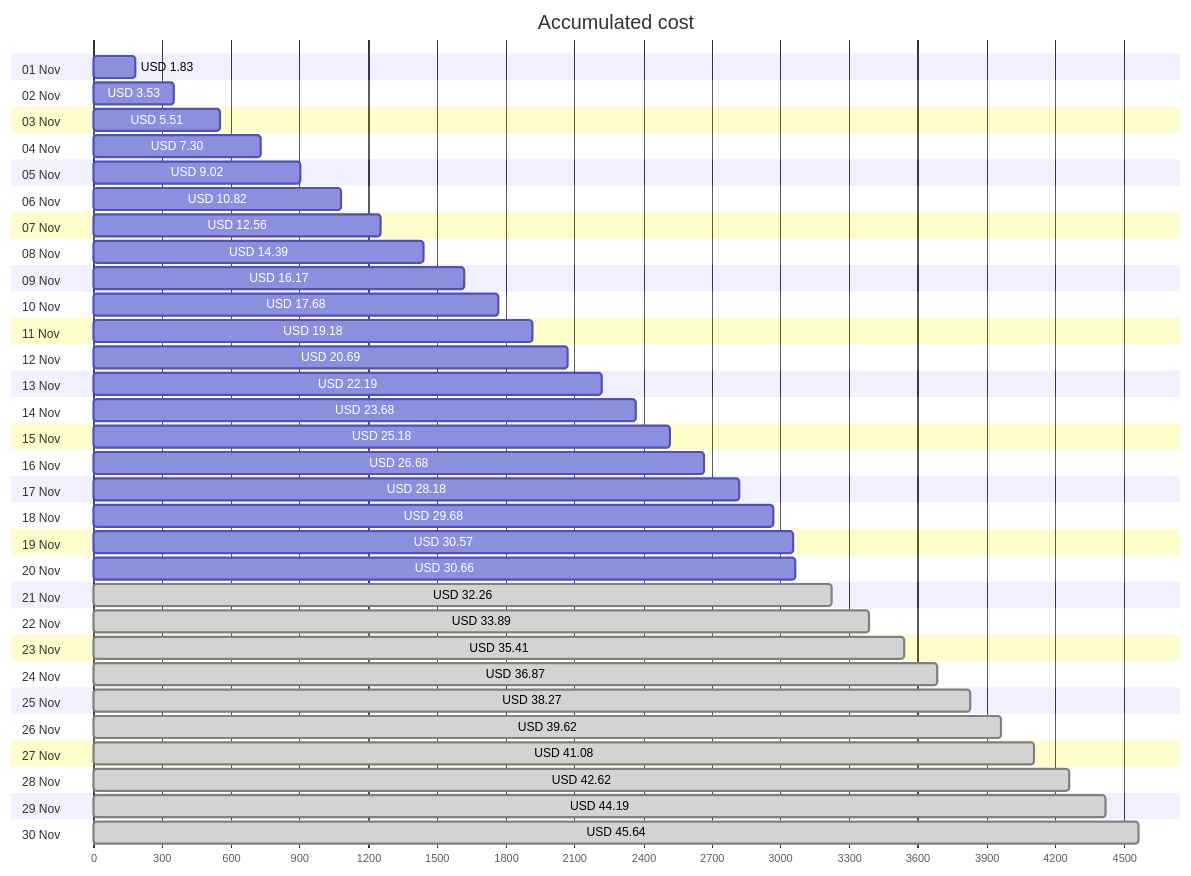
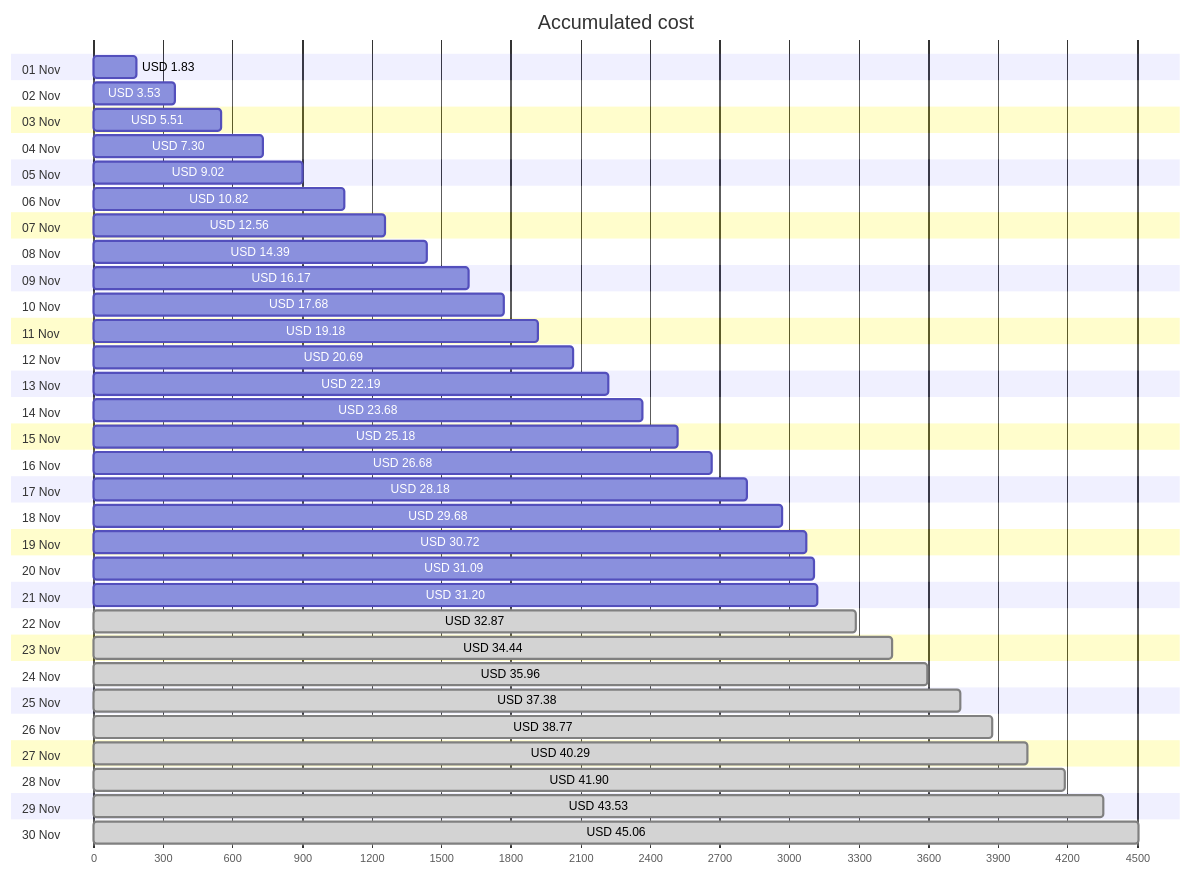
One commit to jpfulton/azure-personal-reports changed the first of 4 diagrams in cost-reports/personal-network/README.md. Above: the diagram before and after it, drawn with Mermaid. The commit also changed other lines of this file and 8 other files, not shown here.

````diff
--- a/cost-reports/personal-network/README.md
+++ b/cost-reports/personal-network/README.md
@@ -20,66 +20,66 @@
 ```mermaid
 gantt
    title Accumulated cost
    dateFormat  X
    axisFormat %s
    section 01 Nov
    USD 1.83 :0, 183
    section 02 Nov
    USD 3.53 :0, 353
    section 03 Nov
    USD 5.51 :0, 551
    section 04 Nov
    USD 7.30 :0, 730
    section 05 Nov
    USD 9.02 :0, 902
    section 06 Nov
    USD 10.82 :0, 1082
    section 07 Nov
    USD 12.56 :0, 1256
    section 08 Nov
    USD 14.39 :0, 1439
    section 09 Nov
    USD 16.17 :0, 1617
    section 10 Nov
    USD 17.68 :0, 1768
    section 11 Nov
    USD 19.18 :0, 1918
    section 12 Nov
    USD 20.69 :0, 2069
    section 13 Nov
    USD 22.19 :0, 2219
    section 14 Nov
    USD 23.68 :0, 2368
    section 15 Nov
    USD 25.18 :0, 2518
    section 16 Nov
    USD 26.68 :0, 2668
    section 17 Nov
    USD 28.18 :0, 2818
    section 18 Nov
    USD 29.68 :0, 2968
    section 19 Nov
-   USD 30.57 :0, 3057
+   USD 30.72 :0, 3072
    section 20 Nov
-   USD 30.66 :0, 3066
+   USD 31.09 :0, 3109
    section 21 Nov
-   USD 32.26 : done, 0, 3226
+   USD 31.20 :0, 3120
    section 22 Nov
-   USD 33.89 : done, 0, 3389
+   USD 32.87 : done, 0, 3287
    section 23 Nov
-   USD 35.41 : done, 0, 3541
+   USD 34.44 : done, 0, 3444
    section 24 Nov
-   USD 36.87 : done, 0, 3687
+   USD 35.96 : done, 0, 3596
    section 25 Nov
-   USD 38.27 : done, 0, 3827
+   USD 37.38 : done, 0, 3738
    section 26 Nov
-   USD 39.62 : done, 0, 3962
+   USD 38.77 : done, 0, 3877
    section 27 Nov
-   USD 41.08 : done, 0, 4108
+   USD 40.29 : done, 0, 4029
    section 28 Nov
-   USD 42.62 : done, 0, 4262
+   USD 41.90 : done, 0, 4190
    section 29 Nov
-   USD 44.19 : done, 0, 4419
+   USD 43.53 : done, 0, 4353
    section 30 Nov
-   USD 45.64 : done, 0, 4564
+   USD 45.06 : done, 0, 4506
 ```
````
